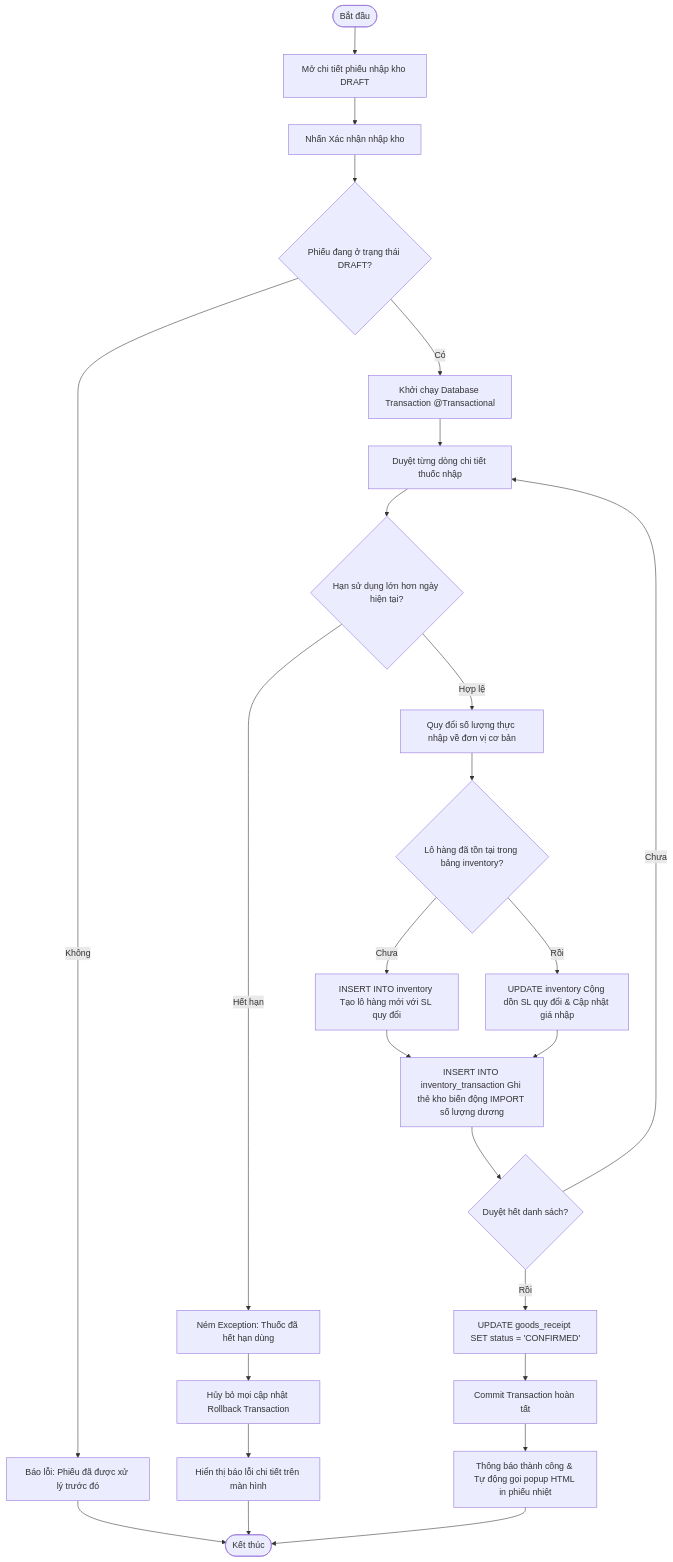
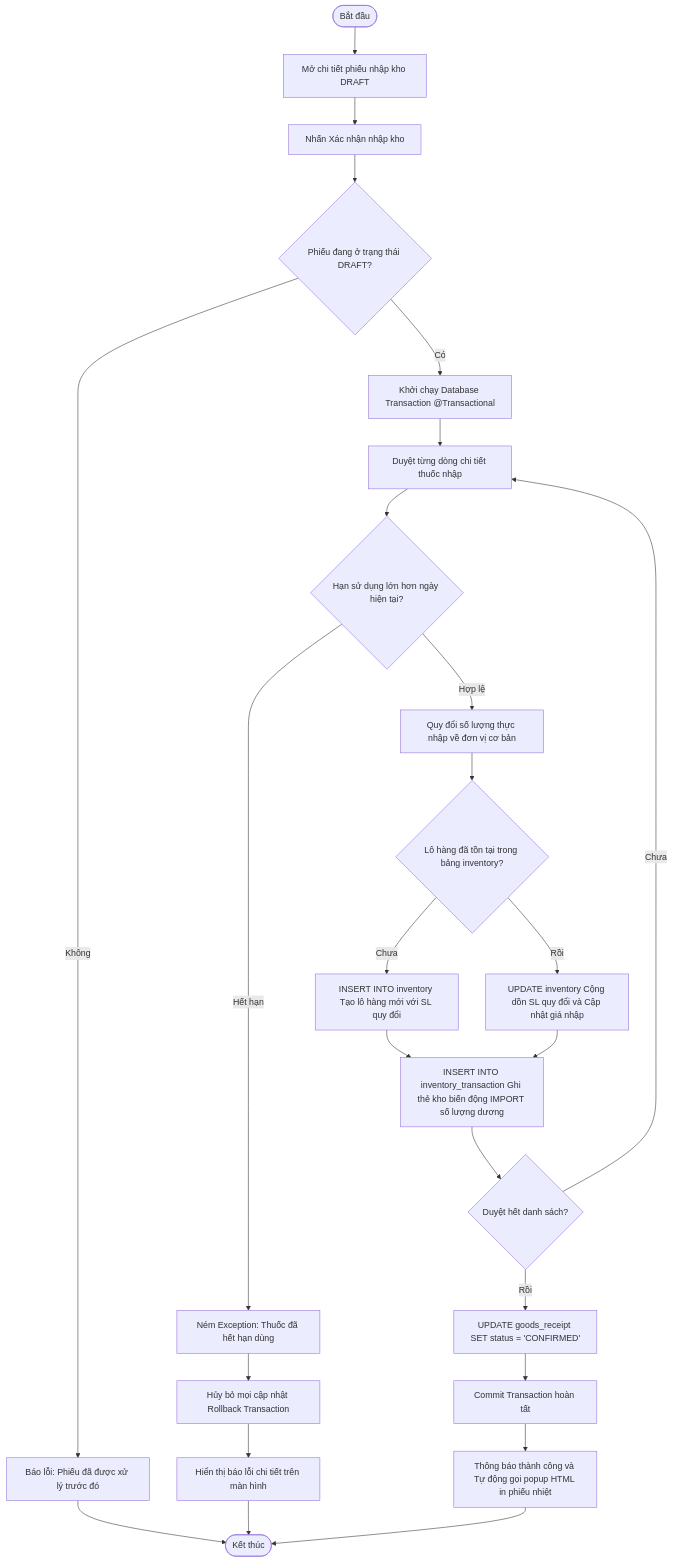
Before and after one commit to ngocuyenle15/PIS-CNPM: diagram 23 of 32 in a.md, drawn with Mermaid. The commit also changed other lines of this file, not shown here.

````diff
--- a/a.md
+++ b/a.md
@@ -315,21 +315,21 @@
 ```mermaid
 flowchart TD
     Start([Bắt đầu]) --> OpenDraft[Mở chi tiết phiếu nhập kho DRAFT]
     OpenDraft --> ClickConfirm[Nhấn Xác nhận nhập kho]
     ClickConfirm --> StateCheck{Phiếu đang ở trạng thái DRAFT?}
     StateCheck -- Không --> Error1[Báo lỗi: Phiếu đã được xử lý trước đó] --> End([Kết thúc])
     StateCheck -- Có --> StartTrans[Khởi chạy Database Transaction @Transactional]
     StartTrans --> LoopDetails[Duyệt từng dòng chi tiết thuốc nhập]
     LoopDetails --> ExpCheck{Hạn sử dụng lớn hơn ngày hiện tại?}
     ExpCheck -- Hết hạn --> Error2[Ném Exception: Thuốc đã hết hạn dùng]
     Error2 --> Rollback[Hủy bỏ mọi cập nhật Rollback Transaction] --> ShowErrorUI[Hiển thị báo lỗi chi tiết trên màn hình] --> End
     ExpCheck -- Hợp lệ --> ConvertUnit[Quy đổi số lượng thực nhập về đơn vị cơ bản]
     ConvertUnit --> QueryInventory{Lô hàng đã tồn tại trong bảng inventory?}
     QueryInventory -- Chưa --> CreateInv[INSERT INTO inventory Tạo lô hàng mới với SL quy đổi] --> WriteTrans
-    QueryInventory -- Rồi --> AddInv[UPDATE inventory Cộng dồn SL quy đổi & Cập nhật giá nhập] --> WriteTrans
+    QueryInventory -- Rồi --> AddInv[UPDATE inventory Cộng dồn SL quy đổi và Cập nhật giá nhập] --> WriteTrans
     WriteTrans[INSERT INTO inventory_transaction Ghi thẻ kho biến động IMPORT số lượng dương] --> LoopNext{Duyệt hết danh sách?}
     LoopNext -- Chưa --> LoopDetails
     LoopNext -- Rồi --> UpdateState[UPDATE goods_receipt SET status = 'CONFIRMED']
     UpdateState --> CommitTrans[Commit Transaction hoàn tất]
-    CommitTrans --> ShowSuccessUI[Thông báo thành công & Tự động gọi popup HTML in phiếu nhiệt] --> End
+    CommitTrans --> ShowSuccessUI[Thông báo thành công và Tự động gọi popup HTML in phiếu nhiệt] --> End
 ```
````
